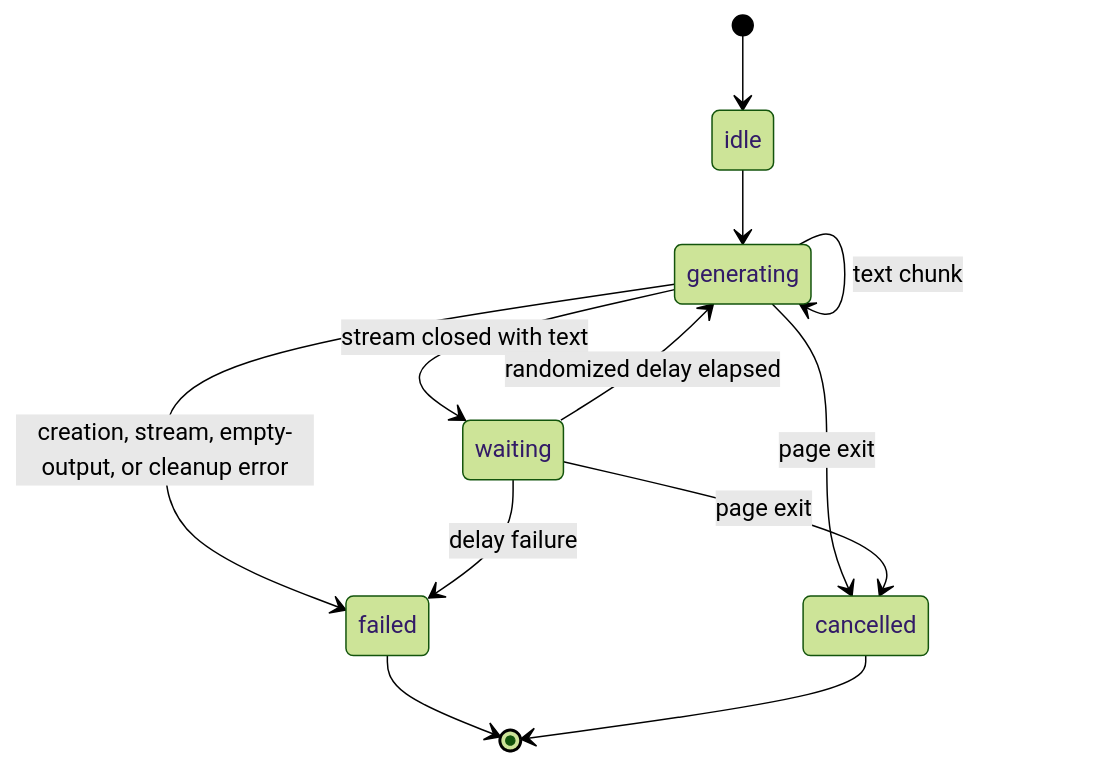
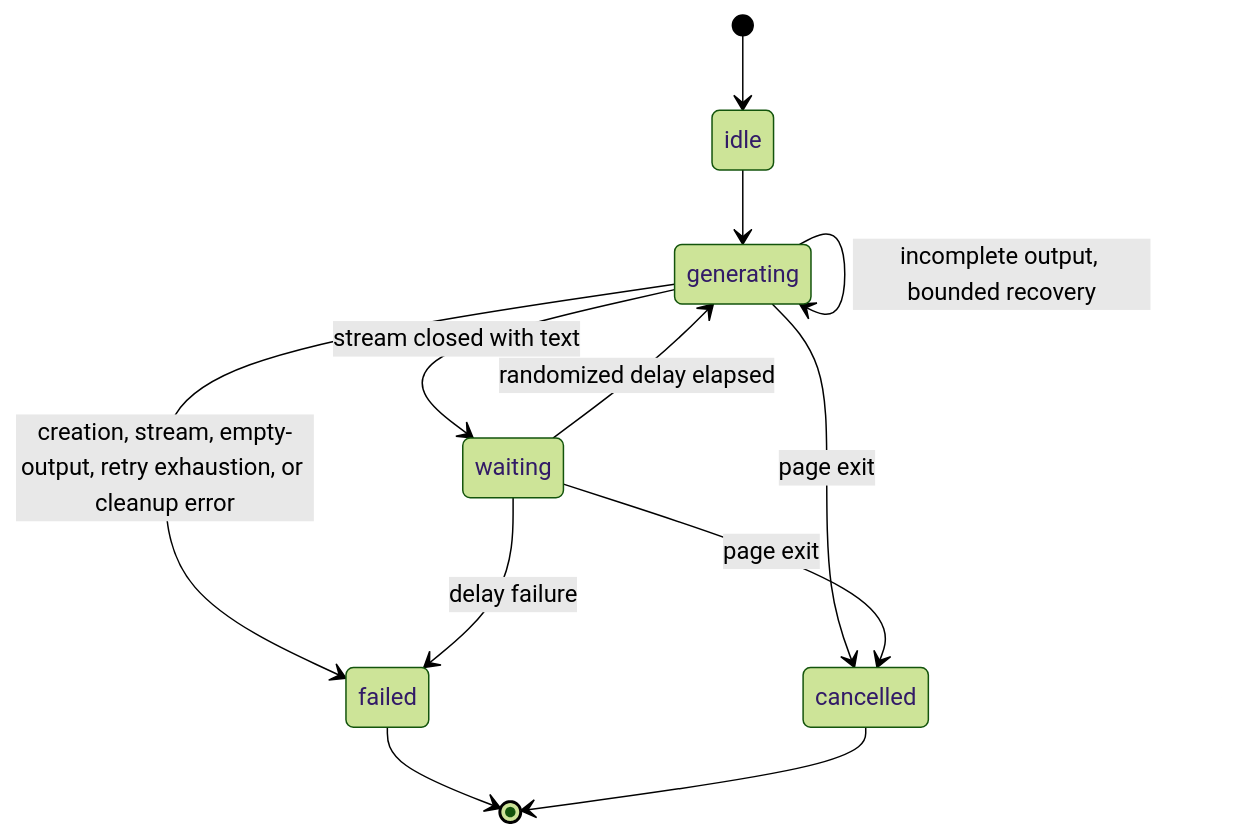
One commit to japboy/japboy.github.io changed the second of 2 diagrams in src/features/litert-lm/ARCHITECTURE.md. Above: the diagram before and after it, drawn with Mermaid (forest theme). The commit also changed other lines of this file and 7 other files, not shown here.

````diff
--- a/src/features/litert-lm/ARCHITECTURE.md
+++ b/src/features/litert-lm/ARCHITECTURE.md
@@ -41,14 +42,15 @@
 ```mermaid
 stateDiagram-v2
   [*] --> idle
   idle --> generating
   generating --> generating: text chunk
+  generating --> generating: incomplete output, bounded recovery
   generating --> waiting: stream closed with text
-  generating --> failed: creation, stream, empty-output, or cleanup error
+  generating --> failed: creation, stream, empty-output, retry exhaustion, or cleanup error
   generating --> cancelled: page exit
   waiting --> generating: randomized delay elapsed
   waiting --> failed: delay failure
   waiting --> cancelled: page exit
   failed --> [*]
   cancelled --> [*]
 ```
````
